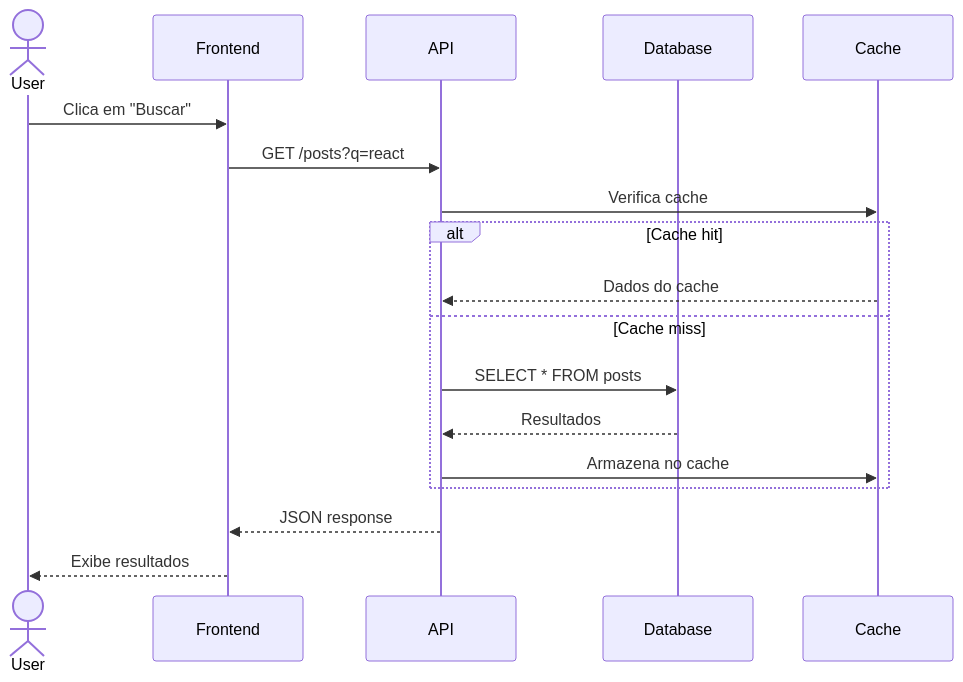
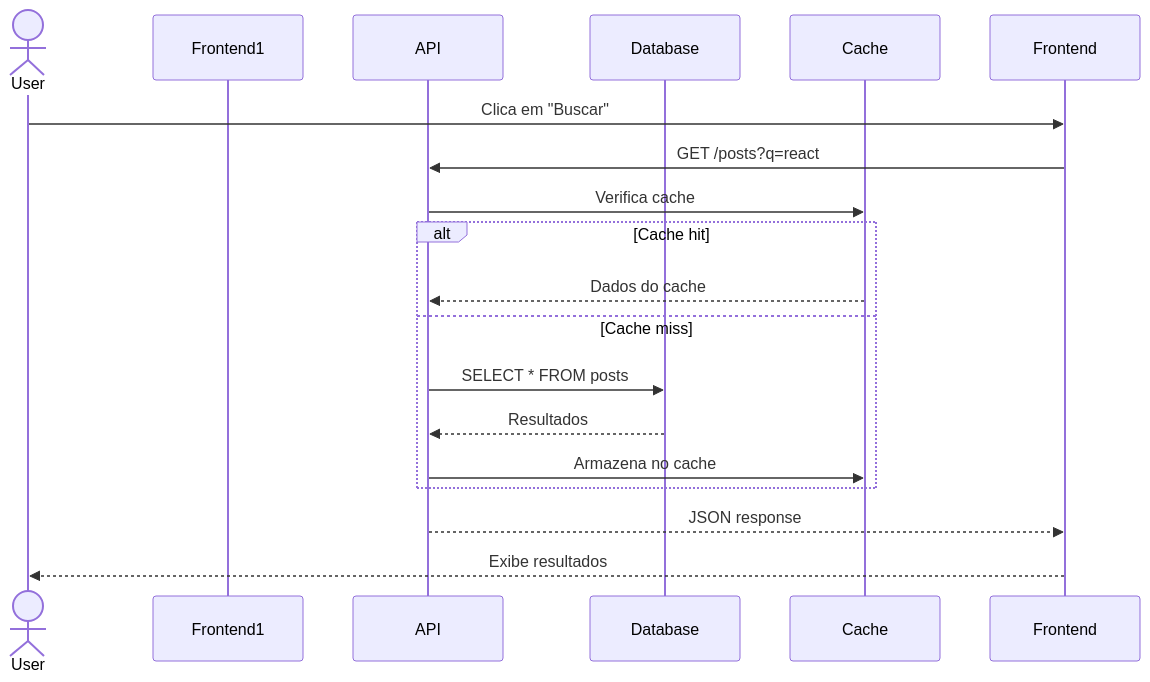
One commit to cendyandreoli/posts changed the second of 5 diagrams in posts/diagramas-arquitetura-software.md. Above: the diagram before and after it, drawn with Mermaid. The commit also changed other lines of this file, not shown here.

Commit message:
Update post: Visualizando Arquitetura de Software com Diagramas

````diff
--- a/posts/diagramas-arquitetura-software.md
+++ b/posts/diagramas-arquitetura-software.md
@@ -56,23 +56,23 @@
 ```mermaid
 sequenceDiagram
     actor User
-    participant Frontend
+    participant Frontend1
     participant API
     participant Database
     participant Cache
     
     User->>Frontend: Clica em "Buscar"
     Frontend->>API: GET /posts?q=react
     API->>Cache: Verifica cache
     
     alt Cache hit
         Cache-->>API: Dados do cache
     else Cache miss
         API->>Database: SELECT * FROM posts
         Database-->>API: Resultados
         API->>Cache: Armazena no cache
     end
     
     API-->>Frontend: JSON response
     Frontend-->>User: Exibe resultados
 ```
````
